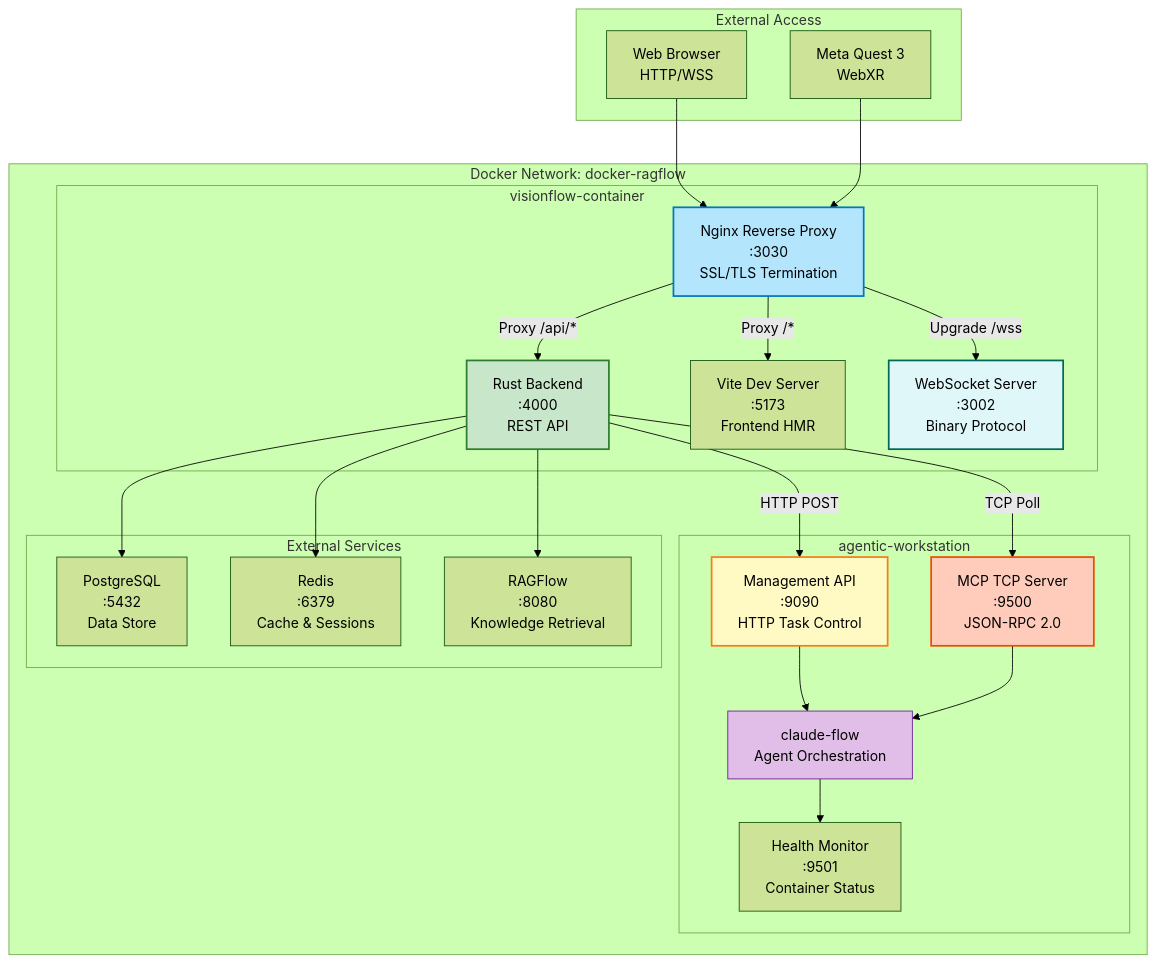
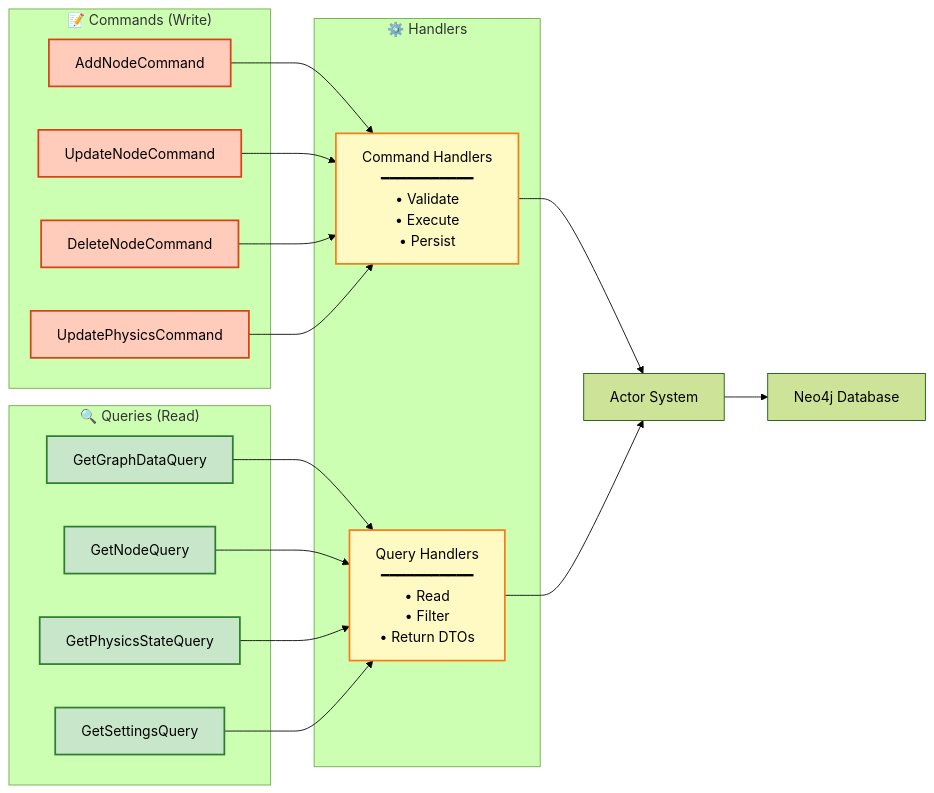
Before and after one commit to DreamLab-AI/VisionFlow: the third of 3 diagrams in docs/concepts/architecture/core/server.md, drawn with Mermaid (forest theme). The commit also changed other lines of this file and 369 other files, not shown here.

````diff
--- a/docs/concepts/architecture/core/server.md
+++ b/docs/concepts/architecture/core/server.md
@@ -628,53 +291,37 @@
 ```mermaid
-graph TB
-    subgraph "Docker Network: docker-ragflow"
-        subgraph "visionflow-container"
-            Nginx["Nginx Reverse Proxy<br/>:3030<br/>SSL/TLS Termination"]
-            RustAPI["Rust Backend<br/>:4000<br/>REST API"]
-            Vite["Vite Dev Server<br/>:5173<br/>Frontend HMR"]
-            WSServer["WebSocket Server<br/>:3002<br/>Binary Protocol"]
-        end
-
-        subgraph "agentic-workstation"
-            ManagementAPI["Management API<br/>:9090<br/>HTTP Task Control"]
-            MCPServer["MCP TCP Server<br/>:9500<br/>JSON-RPC 2.0"]
-            ClaudeFlow["claude-flow<br/>Agent Orchestration"]
-            HealthCheck["Health Monitor<br/>:9501<br/>Container Status"]
-        end
-
-        subgraph "External Services"
-            PostgreSQL["PostgreSQL<br/>:5432<br/>Data Store"]
-            Redis["Redis<br/>:6379<br/>Cache & Sessions"]
-            RAGFlow["RAGFlow<br/>:8080<br/>Knowledge Retrieval"]
-        end
+graph LR
+    subgraph Commands["📝 Commands (Write)"]
+        CMD1["AddNodeCommand"]
+        CMD2["UpdateNodeCommand"]
+        CMD3["DeleteNodeCommand"]
+        CMD4["UpdatePhysicsCommand"]
     end
 
-    subgraph "External Access"
-        Browser["Web Browser<br/>HTTP/WSS"]
-        Quest3["Meta Quest 3<br/>WebXR"]
+    subgraph Queries["🔍 Queries (Read)"]
+        QRY1["GetGraphDataQuery"]
+        QRY2["GetNodeQuery"]
+        QRY3["GetPhysicsStateQuery"]
+        QRY4["GetSettingsQuery"]
     end
 
-    Browser --> Nginx
-    Quest3 --> Nginx
+    subgraph Handlers["⚙️ Handlers"]
+        CMDH["Command Handlers<br/>━━━━━━━━━━━<br/>• Validate<br/>• Execute<br/>• Persist"]
+        QRYH["Query Handlers<br/>━━━━━━━━━━━<br/>• Read<br/>• Filter<br/>• Return DTOs"]
+    end
 
-    Nginx -->|Proxy /api/*| RustAPI
-    Nginx -->|Proxy /*| Vite
-    Nginx -->|Upgrade /wss| WSServer
+    CMD1 & CMD2 & CMD3 & CMD4 --> CMDH
+    QRY1 & QRY2 & QRY3 & QRY4 --> QRYH
 
-    RustAPI -->|HTTP POST| ManagementAPI
-    RustAPI -->|TCP Poll| MCPServer
-    RustAPI --> PostgreSQL
-    RustAPI --> Redis
-    RustAPI --> RAGFlow
+    CMDH --> ACTORS["Actor System"]
+    QRYH --> ACTORS
 
-    ManagementAPI --> ClaudeFlow
-    MCPServer --> ClaudeFlow
-    ClaudeFlow --> HealthCheck
+    ACTORS --> NEO4J["Neo4j Database"]
 
-    style Nginx fill:#b3e5fc,stroke:#0277BD,stroke-width:2px
-    style RustAPI fill:#c8e6c9,stroke:#2E7D32,stroke-width:2px
-    style ManagementAPI fill:#fff9c4,stroke:#F57F17,stroke-width:2px
-    style MCPServer fill:#ffccbc,stroke:#E65100,stroke-width:2px
-    style WSServer fill:#e0f7fa,stroke:#00695C,stroke-width:2px
-    style ClaudeFlow fill:#e1bee7,stroke:#6A1B9A
+    classDef cmd fill:#ffccbc,stroke:#d84315,stroke-width:2px
+    classDef qry fill:#c8e6c9,stroke:#2e7d32,stroke-width:2px
+    classDef handler fill:#fff9c4,stroke:#f57f17,stroke-width:2px
+
+    class CMD1,CMD2,CMD3,CMD4 cmd
+    class QRY1,QRY2,QRY3,QRY4 qry
+    class CMDH,QRYH handler
 ```
````
